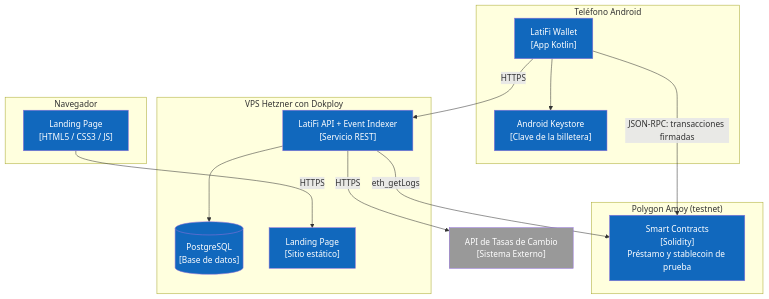
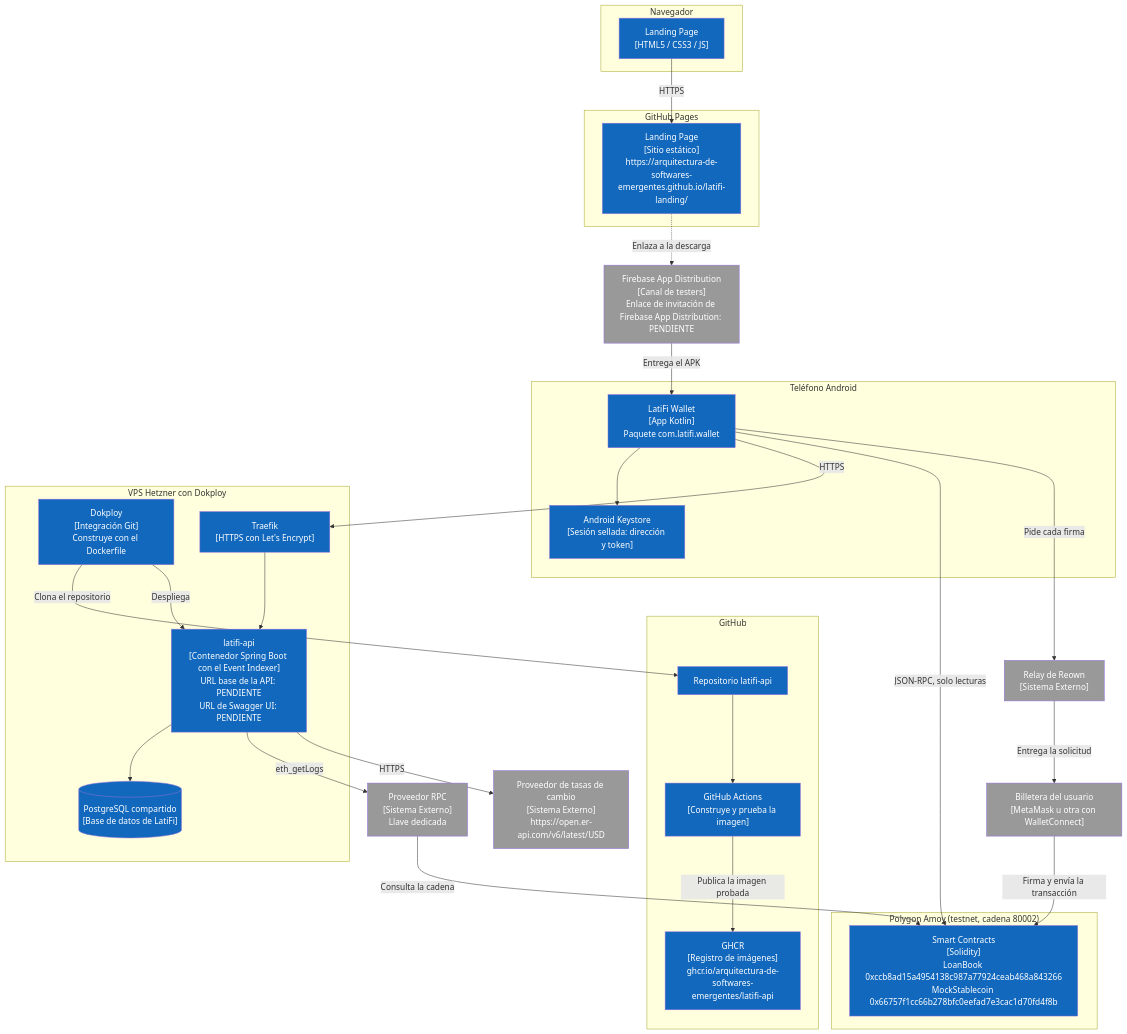
One commit to Arquitectura-de-Softwares-Emergentes/latifi-report changed the fifth of 30 diagrams in README.md. Above: the diagram before and after it, drawn with Mermaid. The commit also changed other lines of this file, not shown here.

First line of the commit message:
docs(report): align the c4 diagrams with the deployed system

````diff
--- a/README.md
+++ b/README.md
@@ -1372,40 +1407,77 @@
 ```mermaid
 graph TD
     subgraph "Teléfono Android"
-        App["LatiFi Wallet<br/>[App Kotlin]"]
-        KS["Android Keystore<br/>[Clave de la billetera]"]
+        App["LatiFi Wallet<br/>[App Kotlin]<br/>Paquete com.latifi.wallet"]
+        KS["Android Keystore<br/>[Sesión sellada: dirección y token]"]
     end
+
+    UserWallet["Billetera del usuario<br/>[MetaMask u otra con WalletConnect]"]
 
     subgraph "Navegador"
         Browser["Landing Page<br/>[HTML5 / CSS3 / JS]"]
     end
 
-    subgraph "VPS Hetzner con Dokploy"
-        APIsrv["LatiFi API + Event Indexer<br/>[Servicio REST]"]
-        PG[("PostgreSQL<br/>[Base de datos]")]
-        Static["Landing Page<br/>[Sitio estático]"]
+    Firebase["Firebase App Distribution<br/>[Canal de testers]<br/>Enlace de invitación de Firebase App Distribution: PENDIENTE"]
+
+    subgraph "GitHub Pages"
+        Pages["Landing Page<br/>[Sitio estático]<br/>https://arquitectura-de-softwares-emergentes.github.io/latifi-landing/"]
     end
 
-    subgraph "Polygon Amoy (testnet)"
-        Contracts["Smart Contracts<br/>[Solidity]<br/>Préstamo y stablecoin de prueba"]
+    subgraph "GitHub"
+        Repo["Repositorio latifi-api"]
+        CI["GitHub Actions<br/>[Construye y prueba la imagen]"]
+        GHCR["GHCR<br/>[Registro de imágenes]<br/>ghcr.io/arquitectura-de-softwares-emergentes/latifi-api"]
     end
 
-    FX["API de Tasas de Cambio<br/>[Sistema Externo]"]
+    subgraph "VPS Hetzner con Dokploy"
+        Dokploy["Dokploy<br/>[Integración Git]<br/>Construye con el Dockerfile"]
+        Traefik["Traefik<br/>[HTTPS con Let's Encrypt]"]
+        APIsrv["latifi-api<br/>[Contenedor Spring Boot con el Event Indexer]<br/>URL base de la API: PENDIENTE<br/>URL de Swagger UI: PENDIENTE"]
+        PG[("PostgreSQL compartido<br/>[Base de datos de LatiFi]")]
+    end
 
+    subgraph "Polygon Amoy (testnet, cadena 80002)"
+        Contracts["Smart Contracts<br/>[Solidity]<br/>LoanBook 0xccb8ad15a4954138c987a77924ceab468a843266<br/>MockStablecoin 0x66757f1cc66b278bfc0eefad7e3cac1d70fd4f8b"]
+    end
+
+    RPC["Proveedor RPC<br/>[Sistema Externo]<br/>Llave dedicada"]
+    Reown["Relay de Reown<br/>[Sistema Externo]"]
+    FX["Proveedor de tasas de cambio<br/>[Sistema Externo]<br/>https://open.er-api.com/v6/latest/USD"]
+
+    Firebase -->|"Entrega el APK"| App
     App --> KS
-    App -->|"HTTPS"| APIsrv
-    App -->|"JSON-RPC: transacciones firmadas"| Contracts
-    Browser -->|"HTTPS"| Static
+    App -->|"HTTPS"| Traefik
+    Traefik --> APIsrv
+    App -->|"JSON-RPC, solo lecturas"| Contracts
+    App -->|"Pide cada firma"| Reown
+    Reown -->|"Entrega la solicitud"| UserWallet
+    UserWallet -->|"Firma y envía la transacción"| Contracts
+    Browser -->|"HTTPS"| Pages
+    Pages -.->|"Enlaza a la descarga"| Firebase
+    Repo --> CI
+    CI -->|"Publica la imagen probada"| GHCR
+    Dokploy -->|"Clona el repositorio"| Repo
+    Dokploy -->|"Despliega"| APIsrv
     APIsrv --> PG
-    APIsrv -->|"eth_getLogs"| Contracts
+    APIsrv -->|"eth_getLogs"| RPC
+    RPC -->|"Consulta la cadena"| Contracts
     APIsrv -->|"HTTPS"| FX
 
     style App fill:#1168bd,color:#fff
     style KS fill:#1168bd,color:#fff
+    style Browser fill:#1168bd,color:#fff
+    style Pages fill:#1168bd,color:#fff
+    style Repo fill:#1168bd,color:#fff
+    style CI fill:#1168bd,color:#fff
+    style GHCR fill:#1168bd,color:#fff
+    style Dokploy fill:#1168bd,color:#fff
+    style Traefik fill:#1168bd,color:#fff
     style APIsrv fill:#1168bd,color:#fff
     style PG fill:#1168bd,color:#fff
-    style Static fill:#1168bd,color:#fff
-    style Browser fill:#1168bd,color:#fff
     style Contracts fill:#1168bd,color:#fff
+    style UserWallet fill:#999,color:#fff
+    style Firebase fill:#999,color:#fff
+    style RPC fill:#999,color:#fff
+    style Reown fill:#999,color:#fff
     style FX fill:#999,color:#fff
 ```
````
